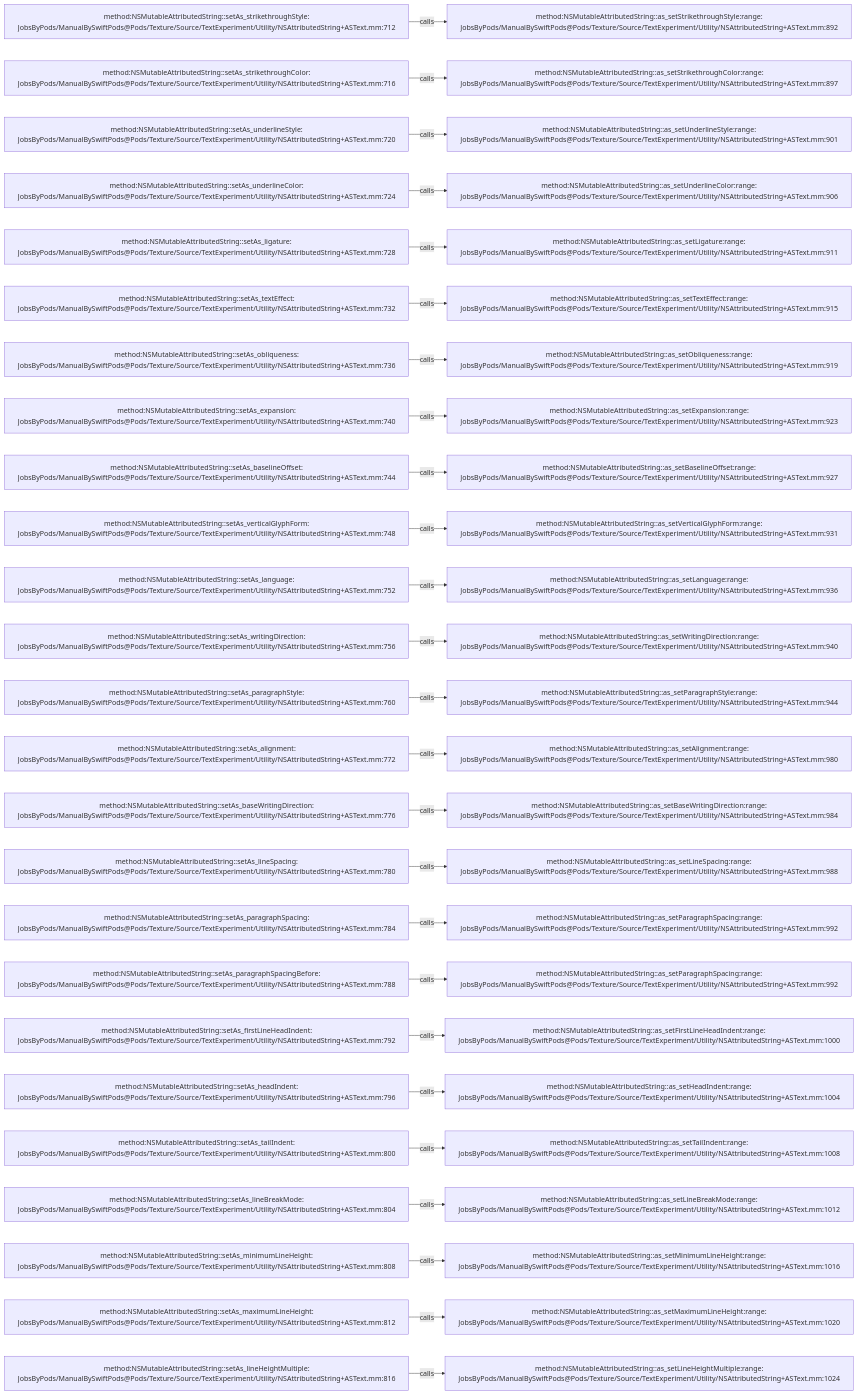
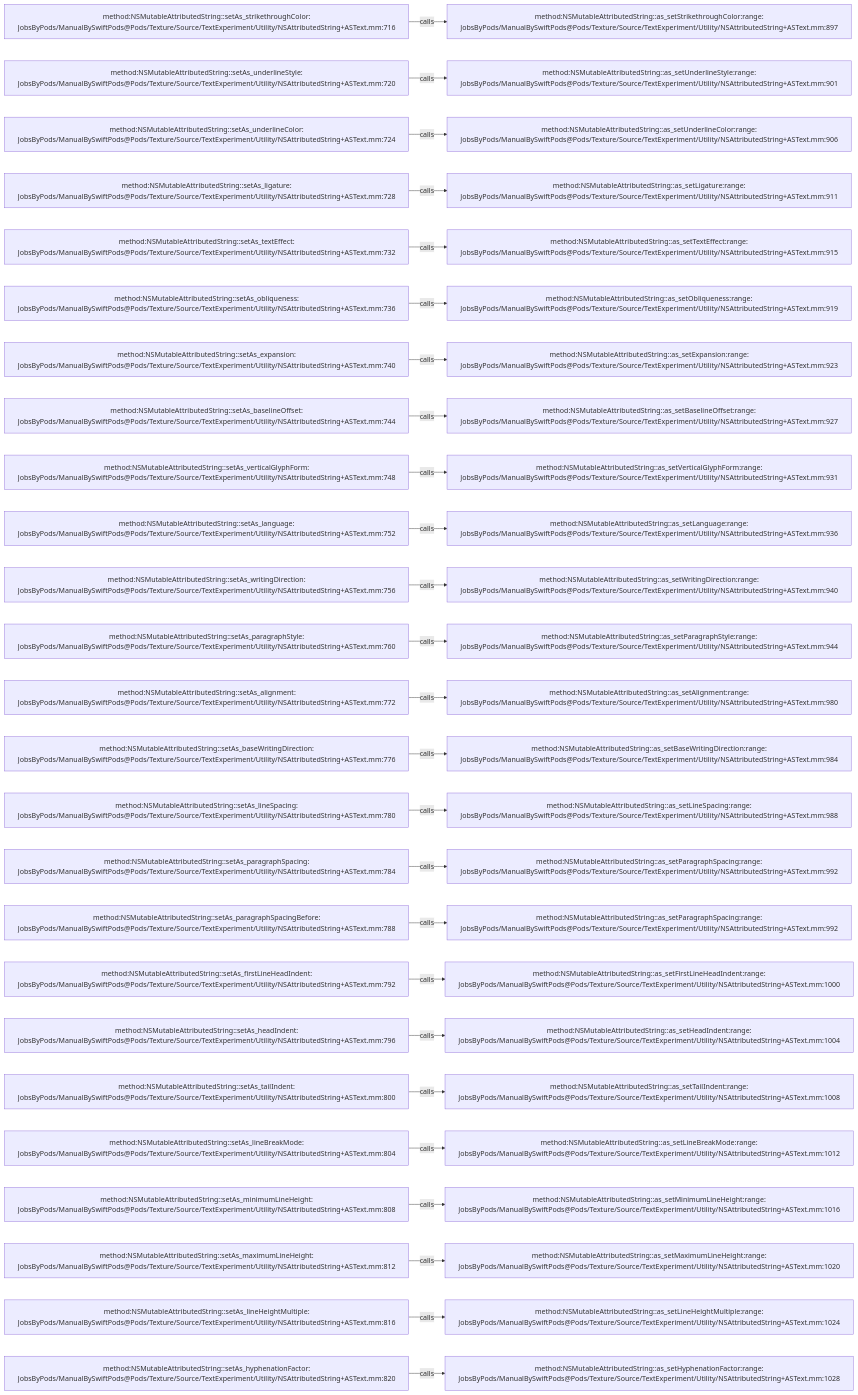
The diagram in .codegraph/codegraph.md/graphs/calls-144.md (JobsKits/JobsSwiftBaseConfigDemo), drawn with Mermaid before and after one commit. The commit also changed 747 other files, not shown here.

````diff
--- a/.codegraph/codegraph.md/graphs/calls-144.md
+++ b/.codegraph/codegraph.md/graphs/calls-144.md
@@ -13,78 +13,78 @@
 ```mermaid
 flowchart LR
-  S1["method:NSMutableAttributedString::setAs_strikethroughStyle:<br/>JobsByPods/ManualBySwiftPods@Pods/Texture/Source/TextExperiment/Utility/NSAttributedString+ASText.mm:712"]
-  T1["method:NSMutableAttributedString::as_setStrikethroughStyle:range:<br/>JobsByPods/ManualBySwiftPods@Pods/Texture/Source/TextExperiment/Utility/NSAttributedString+ASText.mm:892"]
+  S1["method:NSMutableAttributedString::setAs_strikethroughColor:<br/>JobsByPods/ManualBySwiftPods@Pods/Texture/Source/TextExperiment/Utility/NSAttributedString+ASText.mm:716"]
+  T1["method:NSMutableAttributedString::as_setStrikethroughColor:range:<br/>JobsByPods/ManualBySwiftPods@Pods/Texture/Source/TextExperiment/Utility/NSAttributedString+ASText.mm:897"]
   S1 -->|calls| T1
-  S2["method:NSMutableAttributedString::setAs_strikethroughColor:<br/>JobsByPods/ManualBySwiftPods@Pods/Texture/Source/TextExperiment/Utility/NSAttributedString+ASText.mm:716"]
-  T2["method:NSMutableAttributedString::as_setStrikethroughColor:range:<br/>JobsByPods/ManualBySwiftPods@Pods/Texture/Source/TextExperiment/Utility/NSAttributedString+ASText.mm:897"]
+  S2["method:NSMutableAttributedString::setAs_underlineStyle:<br/>JobsByPods/ManualBySwiftPods@Pods/Texture/Source/TextExperiment/Utility/NSAttributedString+ASText.mm:720"]
+  T2["method:NSMutableAttributedString::as_setUnderlineStyle:range:<br/>JobsByPods/ManualBySwiftPods@Pods/Texture/Source/TextExperiment/Utility/NSAttributedString+ASText.mm:901"]
   S2 -->|calls| T2
-  S3["method:NSMutableAttributedString::setAs_underlineStyle:<br/>JobsByPods/ManualBySwiftPods@Pods/Texture/Source/TextExperiment/Utility/NSAttributedString+ASText.mm:720"]
-  T3["method:NSMutableAttributedString::as_setUnderlineStyle:range:<br/>JobsByPods/ManualBySwiftPods@Pods/Texture/Source/TextExperiment/Utility/NSAttributedString+ASText.mm:901"]
+  S3["method:NSMutableAttributedString::setAs_underlineColor:<br/>JobsByPods/ManualBySwiftPods@Pods/Texture/Source/TextExperiment/Utility/NSAttributedString+ASText.mm:724"]
+  T3["method:NSMutableAttributedString::as_setUnderlineColor:range:<br/>JobsByPods/ManualBySwiftPods@Pods/Texture/Source/TextExperiment/Utility/NSAttributedString+ASText.mm:906"]
   S3 -->|calls| T3
-  S4["method:NSMutableAttributedString::setAs_underlineColor:<br/>JobsByPods/ManualBySwiftPods@Pods/Texture/Source/TextExperiment/Utility/NSAttributedString+ASText.mm:724"]
-  T4["method:NSMutableAttributedString::as_setUnderlineColor:range:<br/>JobsByPods/ManualBySwiftPods@Pods/Texture/Source/TextExperiment/Utility/NSAttributedString+ASText.mm:906"]
+  S4["method:NSMutableAttributedString::setAs_ligature:<br/>JobsByPods/ManualBySwiftPods@Pods/Texture/Source/TextExperiment/Utility/NSAttributedString+ASText.mm:728"]
+  T4["method:NSMutableAttributedString::as_setLigature:range:<br/>JobsByPods/ManualBySwiftPods@Pods/Texture/Source/TextExperiment/Utility/NSAttributedString+ASText.mm:911"]
   S4 -->|calls| T4
-  S5["method:NSMutableAttributedString::setAs_ligature:<br/>JobsByPods/ManualBySwiftPods@Pods/Texture/Source/TextExperiment/Utility/NSAttributedString+ASText.mm:728"]
-  T5["method:NSMutableAttributedString::as_setLigature:range:<br/>JobsByPods/ManualBySwiftPods@Pods/Texture/Source/TextExperiment/Utility/NSAttributedString+ASText.mm:911"]
+  S5["method:NSMutableAttributedString::setAs_textEffect:<br/>JobsByPods/ManualBySwiftPods@Pods/Texture/Source/TextExperiment/Utility/NSAttributedString+ASText.mm:732"]
+  T5["method:NSMutableAttributedString::as_setTextEffect:range:<br/>JobsByPods/ManualBySwiftPods@Pods/Texture/Source/TextExperiment/Utility/NSAttributedString+ASText.mm:915"]
   S5 -->|calls| T5
-  S6["method:NSMutableAttributedString::setAs_textEffect:<br/>JobsByPods/ManualBySwiftPods@Pods/Texture/Source/TextExperiment/Utility/NSAttributedString+ASText.mm:732"]
-  T6["method:NSMutableAttributedString::as_setTextEffect:range:<br/>JobsByPods/ManualBySwiftPods@Pods/Texture/Source/TextExperiment/Utility/NSAttributedString+ASText.mm:915"]
+  S6["method:NSMutableAttributedString::setAs_obliqueness:<br/>JobsByPods/ManualBySwiftPods@Pods/Texture/Source/TextExperiment/Utility/NSAttributedString+ASText.mm:736"]
+  T6["method:NSMutableAttributedString::as_setObliqueness:range:<br/>JobsByPods/ManualBySwiftPods@Pods/Texture/Source/TextExperiment/Utility/NSAttributedString+ASText.mm:919"]
   S6 -->|calls| T6
-  S7["method:NSMutableAttributedString::setAs_obliqueness:<br/>JobsByPods/ManualBySwiftPods@Pods/Texture/Source/TextExperiment/Utility/NSAttributedString+ASText.mm:736"]
-  T7["method:NSMutableAttributedString::as_setObliqueness:range:<br/>JobsByPods/ManualBySwiftPods@Pods/Texture/Source/TextExperiment/Utility/NSAttributedString+ASText.mm:919"]
+  S7["method:NSMutableAttributedString::setAs_expansion:<br/>JobsByPods/ManualBySwiftPods@Pods/Texture/Source/TextExperiment/Utility/NSAttributedString+ASText.mm:740"]
+  T7["method:NSMutableAttributedString::as_setExpansion:range:<br/>JobsByPods/ManualBySwiftPods@Pods/Texture/Source/TextExperiment/Utility/NSAttributedString+ASText.mm:923"]
   S7 -->|calls| T7
-  S8["method:NSMutableAttributedString::setAs_expansion:<br/>JobsByPods/ManualBySwiftPods@Pods/Texture/Source/TextExperiment/Utility/NSAttributedString+ASText.mm:740"]
-  T8["method:NSMutableAttributedString::as_setExpansion:range:<br/>JobsByPods/ManualBySwiftPods@Pods/Texture/Source/TextExperiment/Utility/NSAttributedString+ASText.mm:923"]
+  S8["method:NSMutableAttributedString::setAs_baselineOffset:<br/>JobsByPods/ManualBySwiftPods@Pods/Texture/Source/TextExperiment/Utility/NSAttributedString+ASText.mm:744"]
+  T8["method:NSMutableAttributedString::as_setBaselineOffset:range:<br/>JobsByPods/ManualBySwiftPods@Pods/Texture/Source/TextExperiment/Utility/NSAttributedString+ASText.mm:927"]
   S8 -->|calls| T8
-  S9["method:NSMutableAttributedString::setAs_baselineOffset:<br/>JobsByPods/ManualBySwiftPods@Pods/Texture/Source/TextExperiment/Utility/NSAttributedString+ASText.mm:744"]
-  T9["method:NSMutableAttributedString::as_setBaselineOffset:range:<br/>JobsByPods/ManualBySwiftPods@Pods/Texture/Source/TextExperiment/Utility/NSAttributedString+ASText.mm:927"]
+  S9["method:NSMutableAttributedString::setAs_verticalGlyphForm:<br/>JobsByPods/ManualBySwiftPods@Pods/Texture/Source/TextExperiment/Utility/NSAttributedString+ASText.mm:748"]
+  T9["method:NSMutableAttributedString::as_setVerticalGlyphForm:range:<br/>JobsByPods/ManualBySwiftPods@Pods/Texture/Source/TextExperiment/Utility/NSAttributedString+ASText.mm:931"]
   S9 -->|calls| T9
-  S10["method:NSMutableAttributedString::setAs_verticalGlyphForm:<br/>JobsByPods/ManualBySwiftPods@Pods/Texture/Source/TextExperiment/Utility/NSAttributedString+ASText.mm:748"]
-  T10["method:NSMutableAttributedString::as_setVerticalGlyphForm:range:<br/>JobsByPods/ManualBySwiftPods@Pods/Texture/Source/TextExperiment/Utility/NSAttributedString+ASText.mm:931"]
+  S10["method:NSMutableAttributedString::setAs_language:<br/>JobsByPods/ManualBySwiftPods@Pods/Texture/Source/TextExperiment/Utility/NSAttributedString+ASText.mm:752"]
+  T10["method:NSMutableAttributedString::as_setLanguage:range:<br/>JobsByPods/ManualBySwiftPods@Pods/Texture/Source/TextExperiment/Utility/NSAttributedString+ASText.mm:936"]
   S10 -->|calls| T10
-  S11["method:NSMutableAttributedString::setAs_language:<br/>JobsByPods/ManualBySwiftPods@Pods/Texture/Source/TextExperiment/Utility/NSAttributedString+ASText.mm:752"]
-  T11["method:NSMutableAttributedString::as_setLanguage:range:<br/>JobsByPods/ManualBySwiftPods@Pods/Texture/Source/TextExperiment/Utility/NSAttributedString+ASText.mm:936"]
+  S11["method:NSMutableAttributedString::setAs_writingDirection:<br/>JobsByPods/ManualBySwiftPods@Pods/Texture/Source/TextExperiment/Utility/NSAttributedString+ASText.mm:756"]
+  T11["method:NSMutableAttributedString::as_setWritingDirection:range:<br/>JobsByPods/ManualBySwiftPods@Pods/Texture/Source/TextExperiment/Utility/NSAttributedString+ASText.mm:940"]
   S11 -->|calls| T11
-  S12["method:NSMutableAttributedString::setAs_writingDirection:<br/>JobsByPods/ManualBySwiftPods@Pods/Texture/Source/TextExperiment/Utility/NSAttributedString+ASText.mm:756"]
-  T12["method:NSMutableAttributedString::as_setWritingDirection:range:<br/>JobsByPods/ManualBySwiftPods@Pods/Texture/Source/TextExperiment/Utility/NSAttributedString+ASText.mm:940"]
+  S12["method:NSMutableAttributedString::setAs_paragraphStyle:<br/>JobsByPods/ManualBySwiftPods@Pods/Texture/Source/TextExperiment/Utility/NSAttributedString+ASText.mm:760"]
+  T12["method:NSMutableAttributedString::as_setParagraphStyle:range:<br/>JobsByPods/ManualBySwiftPods@Pods/Texture/Source/TextExperiment/Utility/NSAttributedString+ASText.mm:944"]
   S12 -->|calls| T12
-  S13["method:NSMutableAttributedString::setAs_paragraphStyle:<br/>JobsByPods/ManualBySwiftPods@Pods/Texture/Source/TextExperiment/Utility/NSAttributedString+ASText.mm:760"]
-  T13["method:NSMutableAttributedString::as_setParagraphStyle:range:<br/>JobsByPods/ManualBySwiftPods@Pods/Texture/Source/TextExperiment/Utility/NSAttributedString+ASText.mm:944"]
+  S13["method:NSMutableAttributedString::setAs_alignment:<br/>JobsByPods/ManualBySwiftPods@Pods/Texture/Source/TextExperiment/Utility/NSAttributedString+ASText.mm:772"]
+  T13["method:NSMutableAttributedString::as_setAlignment:range:<br/>JobsByPods/ManualBySwiftPods@Pods/Texture/Source/TextExperiment/Utility/NSAttributedString+ASText.mm:980"]
   S13 -->|calls| T13
-  S14["method:NSMutableAttributedString::setAs_alignment:<br/>JobsByPods/ManualBySwiftPods@Pods/Texture/Source/TextExperiment/Utility/NSAttributedString+ASText.mm:772"]
-  T14["method:NSMutableAttributedString::as_setAlignment:range:<br/>JobsByPods/ManualBySwiftPods@Pods/Texture/Source/TextExperiment/Utility/NSAttributedString+ASText.mm:980"]
+  S14["method:NSMutableAttributedString::setAs_baseWritingDirection:<br/>JobsByPods/ManualBySwiftPods@Pods/Texture/Source/TextExperiment/Utility/NSAttributedString+ASText.mm:776"]
+  T14["method:NSMutableAttributedString::as_setBaseWritingDirection:range:<br/>JobsByPods/ManualBySwiftPods@Pods/Texture/Source/TextExperiment/Utility/NSAttributedString+ASText.mm:984"]
   S14 -->|calls| T14
-  S15["method:NSMutableAttributedString::setAs_baseWritingDirection:<br/>JobsByPods/ManualBySwiftPods@Pods/Texture/Source/TextExperiment/Utility/NSAttributedString+ASText.mm:776"]
-  T15["method:NSMutableAttributedString::as_setBaseWritingDirection:range:<br/>JobsByPods/ManualBySwiftPods@Pods/Texture/Source/TextExperiment/Utility/NSAttributedString+ASText.mm:984"]
+  S15["method:NSMutableAttributedString::setAs_lineSpacing:<br/>JobsByPods/ManualBySwiftPods@Pods/Texture/Source/TextExperiment/Utility/NSAttributedString+ASText.mm:780"]
+  T15["method:NSMutableAttributedString::as_setLineSpacing:range:<br/>JobsByPods/ManualBySwiftPods@Pods/Texture/Source/TextExperiment/Utility/NSAttributedString+ASText.mm:988"]
   S15 -->|calls| T15
-  S16["method:NSMutableAttributedString::setAs_lineSpacing:<br/>JobsByPods/ManualBySwiftPods@Pods/Texture/Source/TextExperiment/Utility/NSAttributedString+ASText.mm:780"]
-  T16["method:NSMutableAttributedString::as_setLineSpacing:range:<br/>JobsByPods/ManualBySwiftPods@Pods/Texture/Source/TextExperiment/Utility/NSAttributedString+ASText.mm:988"]
+  S16["method:NSMutableAttributedString::setAs_paragraphSpacing:<br/>JobsByPods/ManualBySwiftPods@Pods/Texture/Source/TextExperiment/Utility/NSAttributedString+ASText.mm:784"]
+  T16["method:NSMutableAttributedString::as_setParagraphSpacing:range:<br/>JobsByPods/ManualBySwiftPods@Pods/Texture/Source/TextExperiment/Utility/NSAttributedString+ASText.mm:992"]
   S16 -->|calls| T16
-  S17["method:NSMutableAttributedString::setAs_paragraphSpacing:<br/>JobsByPods/ManualBySwiftPods@Pods/Texture/Source/TextExperiment/Utility/NSAttributedString+ASText.mm:784"]
+  S17["method:NSMutableAttributedString::setAs_paragraphSpacingBefore:<br/>JobsByPods/ManualBySwiftPods@Pods/Texture/Source/TextExperiment/Utility/NSAttributedString+ASText.mm:788"]
   T17["method:NSMutableAttributedString::as_setParagraphSpacing:range:<br/>JobsByPods/ManualBySwiftPods@Pods/Texture/Source/TextExperiment/Utility/NSAttributedString+ASText.mm:992"]
   S17 -->|calls| T17
-  S18["method:NSMutableAttributedString::setAs_paragraphSpacingBefore:<br/>JobsByPods/ManualBySwiftPods@Pods/Texture/Source/TextExperiment/Utility/NSAttributedString+ASText.mm:788"]
-  T18["method:NSMutableAttributedString::as_setParagraphSpacing:range:<br/>JobsByPods/ManualBySwiftPods@Pods/Texture/Source/TextExperiment/Utility/NSAttributedString+ASText.mm:992"]
+  S18["method:NSMutableAttributedString::setAs_firstLineHeadIndent:<br/>JobsByPods/ManualBySwiftPods@Pods/Texture/Source/TextExperiment/Utility/NSAttributedString+ASText.mm:792"]
+  T18["method:NSMutableAttributedString::as_setFirstLineHeadIndent:range:<br/>JobsByPods/ManualBySwiftPods@Pods/Texture/Source/TextExperiment/Utility/NSAttributedString+ASText.mm:1000"]
   S18 -->|calls| T18
-  S19["method:NSMutableAttributedString::setAs_firstLineHeadIndent:<br/>JobsByPods/ManualBySwiftPods@Pods/Texture/Source/TextExperiment/Utility/NSAttributedString+ASText.mm:792"]
-  T19["method:NSMutableAttributedString::as_setFirstLineHeadIndent:range:<br/>JobsByPods/ManualBySwiftPods@Pods/Texture/Source/TextExperiment/Utility/NSAttributedString+ASText.mm:1000"]
+  S19["method:NSMutableAttributedString::setAs_headIndent:<br/>JobsByPods/ManualBySwiftPods@Pods/Texture/Source/TextExperiment/Utility/NSAttributedString+ASText.mm:796"]
+  T19["method:NSMutableAttributedString::as_setHeadIndent:range:<br/>JobsByPods/ManualBySwiftPods@Pods/Texture/Source/TextExperiment/Utility/NSAttributedString+ASText.mm:1004"]
   S19 -->|calls| T19
-  S20["method:NSMutableAttributedString::setAs_headIndent:<br/>JobsByPods/ManualBySwiftPods@Pods/Texture/Source/TextExperiment/Utility/NSAttributedString+ASText.mm:796"]
-  T20["method:NSMutableAttributedString::as_setHeadIndent:range:<br/>JobsByPods/ManualBySwiftPods@Pods/Texture/Source/TextExperiment/Utility/NSAttributedString+ASText.mm:1004"]
+  S20["method:NSMutableAttributedString::setAs_tailIndent:<br/>JobsByPods/ManualBySwiftPods@Pods/Texture/Source/TextExperiment/Utility/NSAttributedString+ASText.mm:800"]
+  T20["method:NSMutableAttributedString::as_setTailIndent:range:<br/>JobsByPods/ManualBySwiftPods@Pods/Texture/Source/TextExperiment/Utility/NSAttributedString+ASText.mm:1008"]
   S20 -->|calls| T20
-  S21["method:NSMutableAttributedString::setAs_tailIndent:<br/>JobsByPods/ManualBySwiftPods@Pods/Texture/Source/TextExperiment/Utility/NSAttributedString+ASText.mm:800"]
-  T21["method:NSMutableAttributedString::as_setTailIndent:range:<br/>JobsByPods/ManualBySwiftPods@Pods/Texture/Source/TextExperiment/Utility/NSAttributedString+ASText.mm:1008"]
+  S21["method:NSMutableAttributedString::setAs_lineBreakMode:<br/>JobsByPods/ManualBySwiftPods@Pods/Texture/Source/TextExperiment/Utility/NSAttributedString+ASText.mm:804"]
+  T21["method:NSMutableAttributedString::as_setLineBreakMode:range:<br/>JobsByPods/ManualBySwiftPods@Pods/Texture/Source/TextExperiment/Utility/NSAttributedString+ASText.mm:1012"]
   S21 -->|calls| T21
-  S22["method:NSMutableAttributedString::setAs_lineBreakMode:<br/>JobsByPods/ManualBySwiftPods@Pods/Texture/Source/TextExperiment/Utility/NSAttributedString+ASText.mm:804"]
-  T22["method:NSMutableAttributedString::as_setLineBreakMode:range:<br/>JobsByPods/ManualBySwiftPods@Pods/Texture/Source/TextExperiment/Utility/NSAttributedString+ASText.mm:1012"]
+  S22["method:NSMutableAttributedString::setAs_minimumLineHeight:<br/>JobsByPods/ManualBySwiftPods@Pods/Texture/Source/TextExperiment/Utility/NSAttributedString+ASText.mm:808"]
+  T22["method:NSMutableAttributedString::as_setMinimumLineHeight:range:<br/>JobsByPods/ManualBySwiftPods@Pods/Texture/Source/TextExperiment/Utility/NSAttributedString+ASText.mm:1016"]
   S22 -->|calls| T22
-  S23["method:NSMutableAttributedString::setAs_minimumLineHeight:<br/>JobsByPods/ManualBySwiftPods@Pods/Texture/Source/TextExperiment/Utility/NSAttributedString+ASText.mm:808"]
-  T23["method:NSMutableAttributedString::as_setMinimumLineHeight:range:<br/>JobsByPods/ManualBySwiftPods@Pods/Texture/Source/TextExperiment/Utility/NSAttributedString+ASText.mm:1016"]
+  S23["method:NSMutableAttributedString::setAs_maximumLineHeight:<br/>JobsByPods/ManualBySwiftPods@Pods/Texture/Source/TextExperiment/Utility/NSAttributedString+ASText.mm:812"]
+  T23["method:NSMutableAttributedString::as_setMaximumLineHeight:range:<br/>JobsByPods/ManualBySwiftPods@Pods/Texture/Source/TextExperiment/Utility/NSAttributedString+ASText.mm:1020"]
   S23 -->|calls| T23
-  S24["method:NSMutableAttributedString::setAs_maximumLineHeight:<br/>JobsByPods/ManualBySwiftPods@Pods/Texture/Source/TextExperiment/Utility/NSAttributedString+ASText.mm:812"]
-  T24["method:NSMutableAttributedString::as_setMaximumLineHeight:range:<br/>JobsByPods/ManualBySwiftPods@Pods/Texture/Source/TextExperiment/Utility/NSAttributedString+ASText.mm:1020"]
+  S24["method:NSMutableAttributedString::setAs_lineHeightMultiple:<br/>JobsByPods/ManualBySwiftPods@Pods/Texture/Source/TextExperiment/Utility/NSAttributedString+ASText.mm:816"]
+  T24["method:NSMutableAttributedString::as_setLineHeightMultiple:range:<br/>JobsByPods/ManualBySwiftPods@Pods/Texture/Source/TextExperiment/Utility/NSAttributedString+ASText.mm:1024"]
   S24 -->|calls| T24
-  S25["method:NSMutableAttributedString::setAs_lineHeightMultiple:<br/>JobsByPods/ManualBySwiftPods@Pods/Texture/Source/TextExperiment/Utility/NSAttributedString+ASText.mm:816"]
-  T25["method:NSMutableAttributedString::as_setLineHeightMultiple:range:<br/>JobsByPods/ManualBySwiftPods@Pods/Texture/Source/TextExperiment/Utility/NSAttributedString+ASText.mm:1024"]
+  S25["method:NSMutableAttributedString::setAs_hyphenationFactor:<br/>JobsByPods/ManualBySwiftPods@Pods/Texture/Source/TextExperiment/Utility/NSAttributedString+ASText.mm:820"]
+  T25["method:NSMutableAttributedString::as_setHyphenationFactor:range:<br/>JobsByPods/ManualBySwiftPods@Pods/Texture/Source/TextExperiment/Utility/NSAttributedString+ASText.mm:1028"]
   S25 -->|calls| T25
 ```
````
